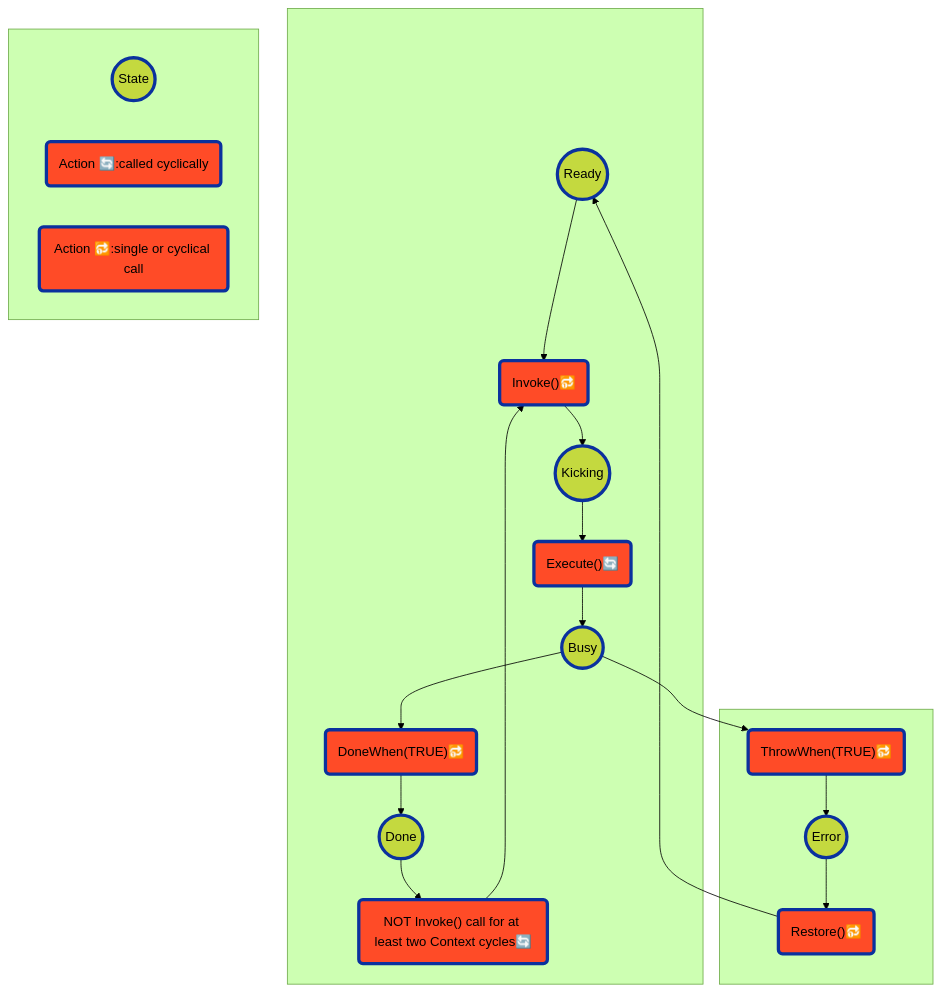
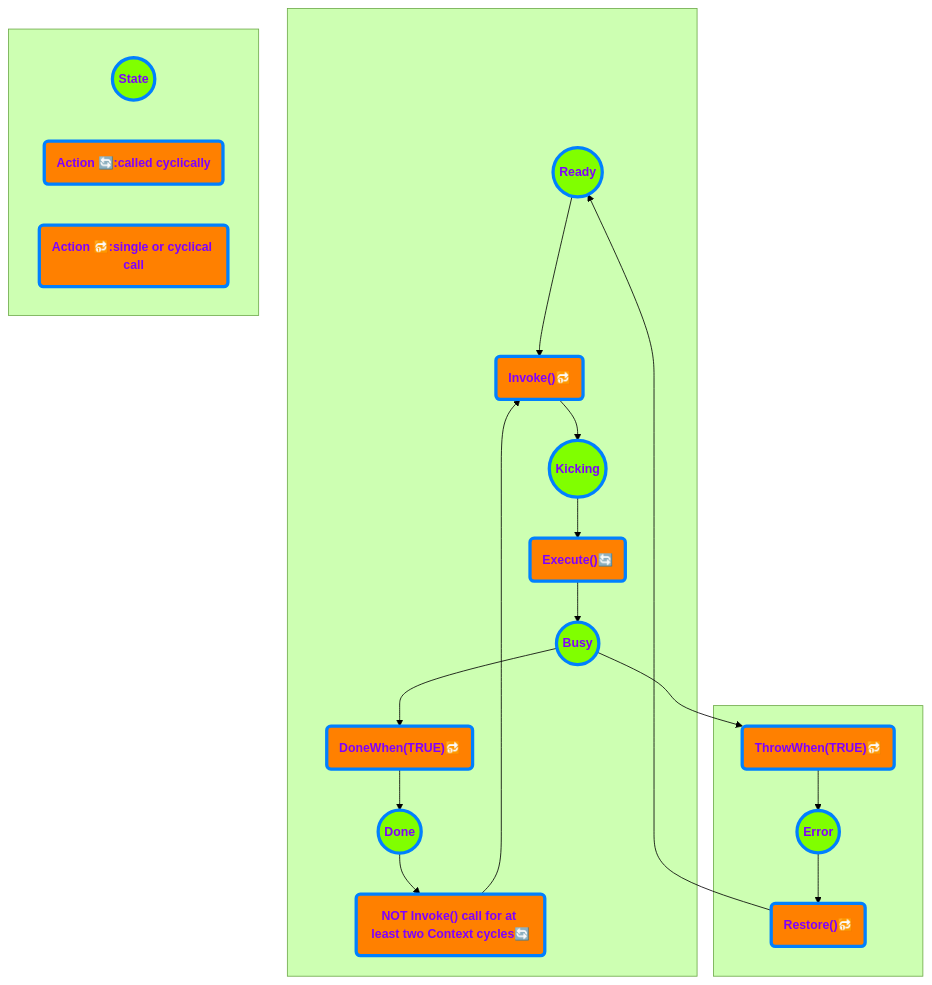
The diagram in src/core/ctrl/CommandTask.mmd (ix-ax/AXOpen), drawn with Mermaid (forest theme) before and after one commit. The commit also changed 4 other files, not shown here.

```diff
--- a/src/core/ctrl/CommandTask.mmd
+++ b/src/core/ctrl/CommandTask.mmd
@@ -1,29 +1,29 @@
 flowchart TD
-    classDef states fill:#C4d93f,stroke:#0a319e,stroke-width:4px
-    classDef actions fill:#ff4b27,stroke:#0a319e,stroke-width:4px
+    classDef states fill:#80FF00,stroke:#0080FF,stroke-width:4px,color:#7F00FF,font-size:15px,font-weight:bold                                                      
+    classDef actions fill:#ff8000,stroke:#0080ff,stroke-width:4px,color:#7F00FF,font-size:15px,font-weight:bold                                                      
 
     s1((Ready))
     s2((Kicking))
     s3((Busy))
     s4((Done))
     s5((Error))
     a1("Invoke()#128258;")
     a2("Execute()#128260;")
     a3("DoneWhen(TRUE)#128258;")
     a4("ThrowWhen(TRUE)#128258;")
     a5("NOT Invoke() call for at least two Context cycles#128260;")
     a6("Restore()#128258;")
 
     subgraph  
         s1:::states --> a1:::actions --> s2:::states --> a2:::actions --> s3:::states --> a3:::actions --> s4:::states --> a5:::actions --> a1:::actions
     end
     subgraph   
         s3:::states --> a4:::actions
         a4:::actions --> s5:::states --> a6:::actions --> s1:::states 
     end
 
     subgraph   
         s((State)):::states
         ac("Action #128260;:called cyclically"):::actions
         as("Action #128258;:single or cyclical call "):::actions
     end
```
